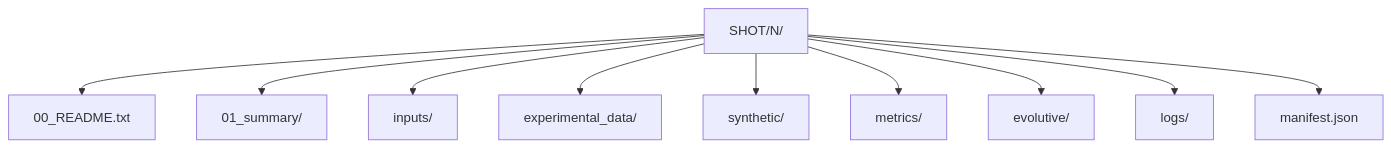
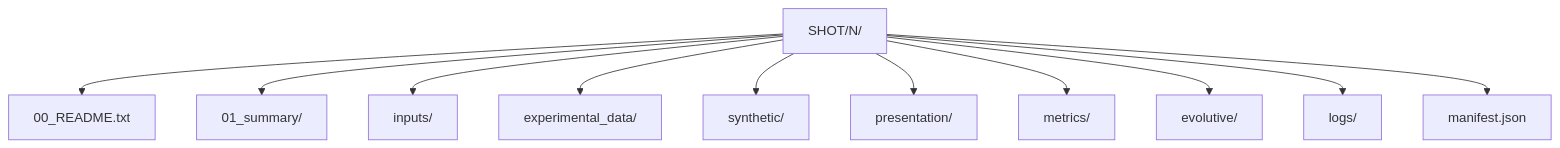
One commit to afshin-arj/Fair-MAST-to-FreeGSNKE-Conversion-tool changed the third of 3 diagrams in README.md. Above: the diagram before and after it, drawn with Mermaid. The commit also changed other lines of this file and 14 other files, not shown here.

````diff
--- a/README.md
+++ b/README.md
@@ -114,13 +117,14 @@
 ```mermaid
 flowchart TB
   R["SHOT/N/"]
   R --> R0["00_README.txt"]
   R --> R1["01_summary/"]
   R --> IN["inputs/"]
   R --> ED["experimental_data/"]
   R --> SYN["synthetic/"]
+  R --> PRES["presentation/"]
   R --> MET["metrics/"]
   R --> EV["evolutive/"]
   R --> LOG["logs/"]
   R --> MAN["manifest.json"]
 ```
````
